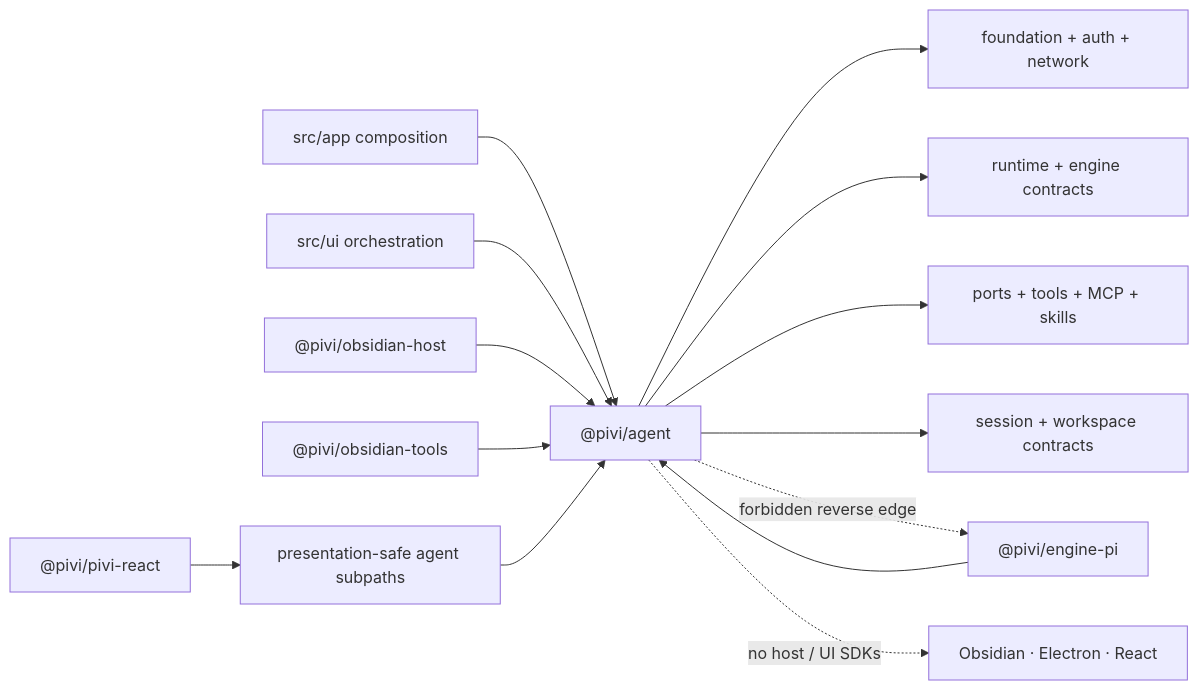
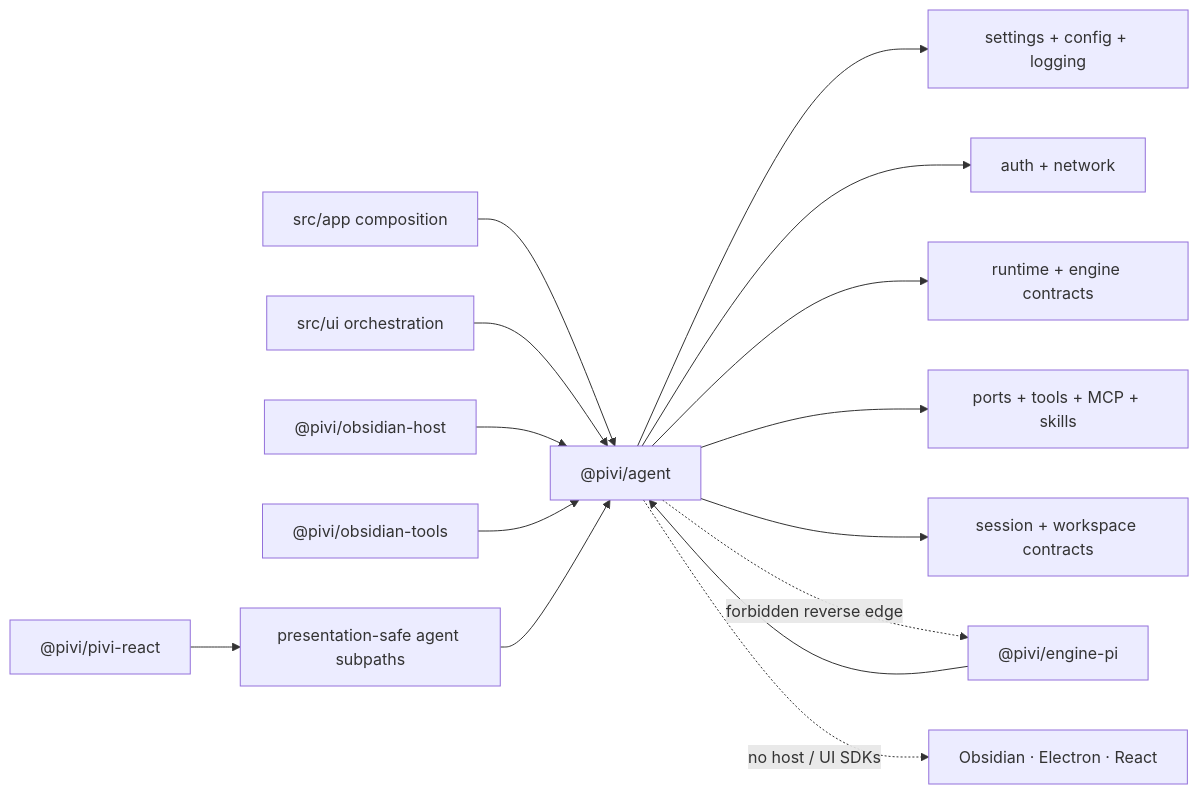
The diagram in packages/agent/AGENTS.md (shuuul/obsidian-pivi), drawn with Mermaid before and after one commit. The commit also changed other lines of this file and 679 other files, not shown here.

````diff
--- a/packages/agent/AGENTS.md
+++ b/packages/agent/AGENTS.md
@@ -11,16 +11,17 @@
 ```mermaid
 flowchart LR
   App["src/app composition"] --> Agent["@pivi/agent"]
   UI["src/ui orchestration"] --> Agent
   Engine["@pivi/engine-pi"] --> Agent
   Host["@pivi/obsidian-host"] --> Agent
   Tools["@pivi/obsidian-tools"] --> Agent
   ReactUI["@pivi/pivi-react"] --> Safe["presentation-safe agent subpaths"]
   Safe --> Agent
-  Agent --> Foundation["foundation + auth + network"]
+  Agent --> Configuration["settings + config + logging"]
+  Agent --> Connectivity["auth + network"]
   Agent --> Runtime["runtime + engine contracts"]
   Agent --> Capabilities["ports + tools + MCP + skills"]
   Agent --> Persistence["session + workspace contracts"]
   Agent -. "forbidden reverse edge" .-> Engine
   Agent -. "no host / UI SDKs" .-> HostSDK["Obsidian · Electron · React"]
 ```
````
